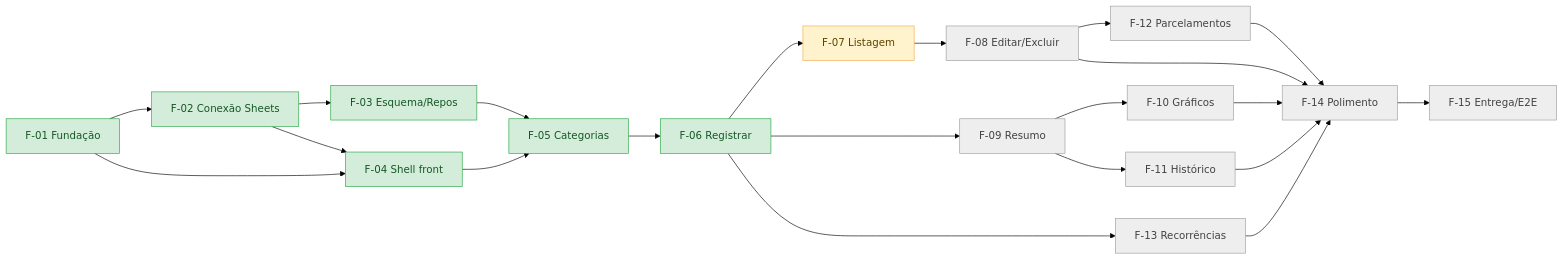
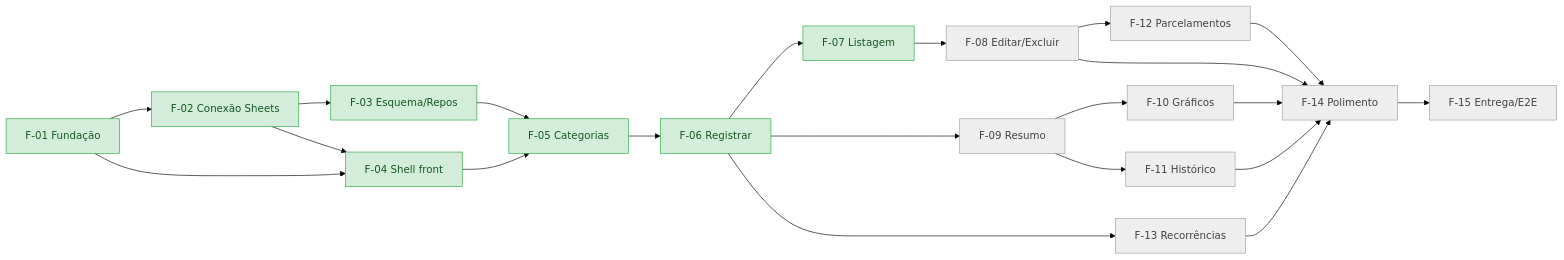
Before and after one commit to Pedrohcs/PlanilhaFinanceira: the diagram in SPECS/05-acompanhamento.md, drawn with Mermaid (forest theme). The commit also changed other lines of this file and 16 other files, not shown here.

````diff
--- a/SPECS/05-acompanhamento.md
+++ b/SPECS/05-acompanhamento.md
@@ -64,24 +64,23 @@
 ```mermaid
 flowchart LR
     F01[F-01 Fundação] --> F02[F-02 Conexão Sheets] --> F03[F-03 Esquema/Repos]
     F01 --> F04[F-04 Shell front]
     F02 --> F04
     F03 --> F05[F-05 Categorias]
     F04 --> F05
     F05 --> F06[F-06 Registrar]
     F06 --> F07[F-07 Listagem] --> F08[F-08 Editar/Excluir]
     F06 --> F09[F-09 Resumo]
     F09 --> F10[F-10 Gráficos]
     F09 --> F11[F-11 Histórico]
     F08 --> F12[F-12 Parcelamentos]
     F06 --> F13[F-13 Recorrências]
     F08 & F10 & F11 & F12 & F13 --> F14[F-14 Polimento]
     F14 --> F15[F-15 Entrega/E2E]
 
     classDef naoIniciada fill:#eeeeee,stroke:#9e9e9e,color:#424242;
     classDef iniciada fill:#fff3cd,stroke:#f0ad4e,color:#5c4400;
     classDef concluida fill:#d4edda,stroke:#28a745,color:#155724;
     class F08,F09,F10,F11,F12,F13,F14,F15 naoIniciada;
-    class F07 iniciada;
-    class F01,F02,F03,F04,F05,F06 concluida;
+    class F01,F02,F03,F04,F05,F06,F07 concluida;
 ```
````
